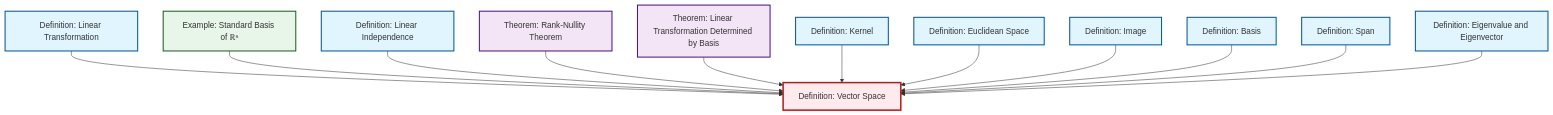
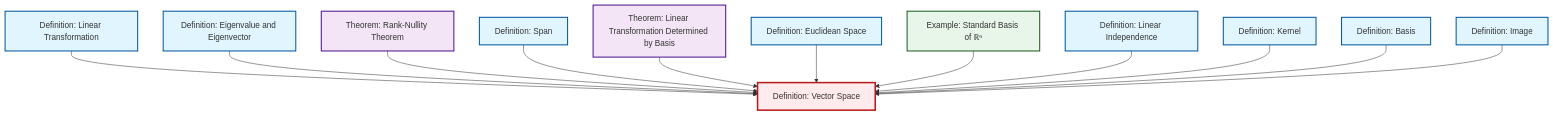
The diagram in content/en/algebra/def-vector-space.qmd (RK0429/ModernMath), drawn with Mermaid before and after one commit. The commit also changed other lines of this file and 417 other files, not shown here.

````diff
--- a/content/en/algebra/def-vector-space.qmd
+++ b/content/en/algebra/def-vector-space.qmd
@@ -48,44 +48,44 @@
 ```{mermaid}
 %%| fig-cap: "Local dependency graph"
 graph TD
     classDef definition fill:#e1f5fe,stroke:#01579b,stroke-width:2px
     classDef theorem fill:#f3e5f5,stroke:#4a148c,stroke-width:2px
     classDef axiom fill:#fff3e0,stroke:#e65100,stroke-width:2px
     classDef example fill:#e8f5e9,stroke:#1b5e20,stroke-width:2px
     classDef current fill:#ffebee,stroke:#b71c1c,stroke-width:3px
+    def-kernel["Definition: Kernel"]:::definition
+    def-linear-independence["Definition: Linear Independence"]:::definition
+    def-vector-space["Definition: Vector Space"]:::definition
+    def-euclidean-space["Definition: Euclidean Space"]:::definition
     thm-rank-nullity["Theorem: Rank-Nullity Theorem"]:::theorem
+    def-span["Definition: Span"]:::definition
     ex-standard-basis-rn["Example: Standard Basis of ℝⁿ"]:::example
-    def-euclidean-space["Definition: Euclidean Space"]:::definition
     def-basis["Definition: Basis"]:::definition
-    def-kernel["Definition: Kernel"]:::definition
+    def-image["Definition: Image"]:::definition
+    def-linear-transformation["Definition: Linear Transformation"]:::definition
     def-eigenvalue-eigenvector["Definition: Eigenvalue and Eigenvector"]:::definition
     thm-linear-transformation-basis["Theorem: Linear Transformation Determined by Basis"]:::theorem
-    def-linear-independence["Definition: Linear Independence"]:::definition
-    def-span["Definition: Span"]:::definition
-    def-image["Definition: Image"]:::definition
-    def-vector-space["Definition: Vector Space"]:::definition
-    def-linear-transformation["Definition: Linear Transformation"]:::definition
     def-linear-transformation --> def-vector-space
+    def-eigenvalue-eigenvector --> def-vector-space
+    thm-rank-nullity --> def-vector-space
+    def-span --> def-vector-space
+    thm-linear-transformation-basis --> def-vector-space
+    def-euclidean-space --> def-vector-space
     ex-standard-basis-rn --> def-vector-space
     def-linear-independence --> def-vector-space
-    thm-rank-nullity --> def-vector-space
-    thm-linear-transformation-basis --> def-vector-space
     def-kernel --> def-vector-space
-    def-euclidean-space --> def-vector-space
+    def-basis --> def-vector-space
     def-image --> def-vector-space
-    def-basis --> def-vector-space
-    def-span --> def-vector-space
-    def-eigenvalue-eigenvector --> def-vector-space
     class def-vector-space current
+    click def-kernel "def-kernel.html" "Go to Kernel definition"
+    click def-linear-independence "def-linear-independence.html" "Go to Linear Independence definition"
+    click def-euclidean-space "def-euclidean-space.html" "Go to Euclidean Space definition"
     click thm-rank-nullity "thm-rank-nullity.html" "Go to Rank-Nullity Theorem theorem"
+    click def-span "def-span.html" "Go to Span definition"
     click ex-standard-basis-rn "ex-standard-basis-rn.html" "Go to Standard Basis of ℝⁿ example"
-    click def-euclidean-space "def-euclidean-space.html" "Go to Euclidean Space definition"
     click def-basis "def-basis.html" "Go to Basis definition"
-    click def-kernel "def-kernel.html" "Go to Kernel definition"
+    click def-image "def-image.html" "Go to Image definition"
+    click def-linear-transformation "def-linear-transformation.html" "Go to Linear Transformation definition"
     click def-eigenvalue-eigenvector "def-eigenvalue-eigenvector.html" "Go to Eigenvalue and Eigenvector definition"
     click thm-linear-transformation-basis "thm-linear-transformation-basis.html" "Go to Linear Transformation Determined by Basis theorem"
-    click def-linear-independence "def-linear-independence.html" "Go to Linear Independence definition"
-    click def-span "def-span.html" "Go to Span definition"
-    click def-image "def-image.html" "Go to Image definition"
-    click def-linear-transformation "def-linear-transformation.html" "Go to Linear Transformation definition"
 ```
````
